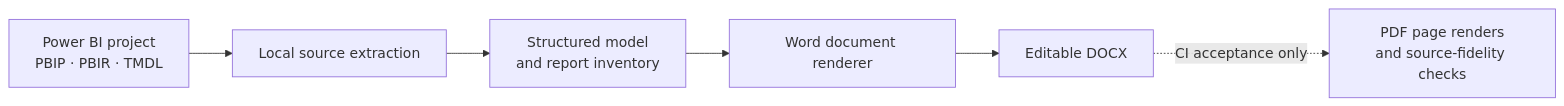
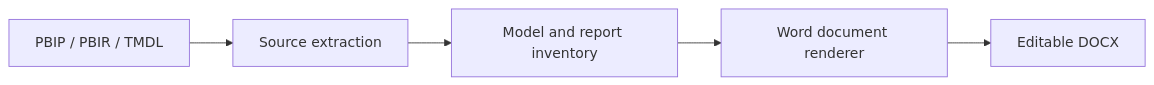
The diagram in README.md (analienx/pbidocumenter), drawn with Mermaid before and after one commit. The commit also changed other lines of this file and 16 other files, not shown here.

````diff
--- a/README.md
+++ b/README.md
@@ -98,8 +78,7 @@
 ```mermaid
 flowchart LR
-    A["Power BI project<br/>PBIP · PBIR · TMDL"] --> B["Local source extraction"]
-    B --> C["Structured model<br/>and report inventory"]
+    A["PBIP / PBIR / TMDL"] --> B["Source extraction"]
+    B --> C["Model and report inventory"]
     C --> D["Word document renderer"]
     D --> E["Editable DOCX"]
-    E -. "CI acceptance only" .-> F["PDF page renders<br/>and source-fidelity checks"]
 ```
````
